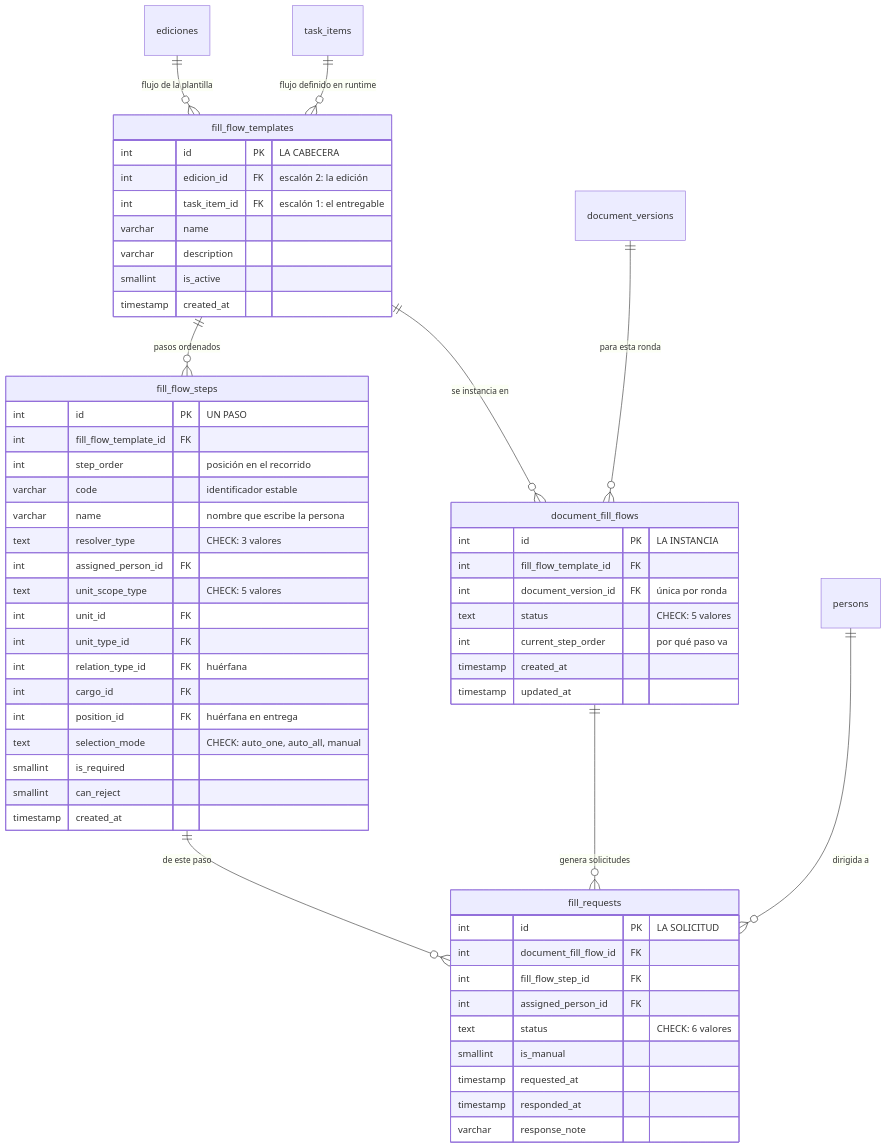
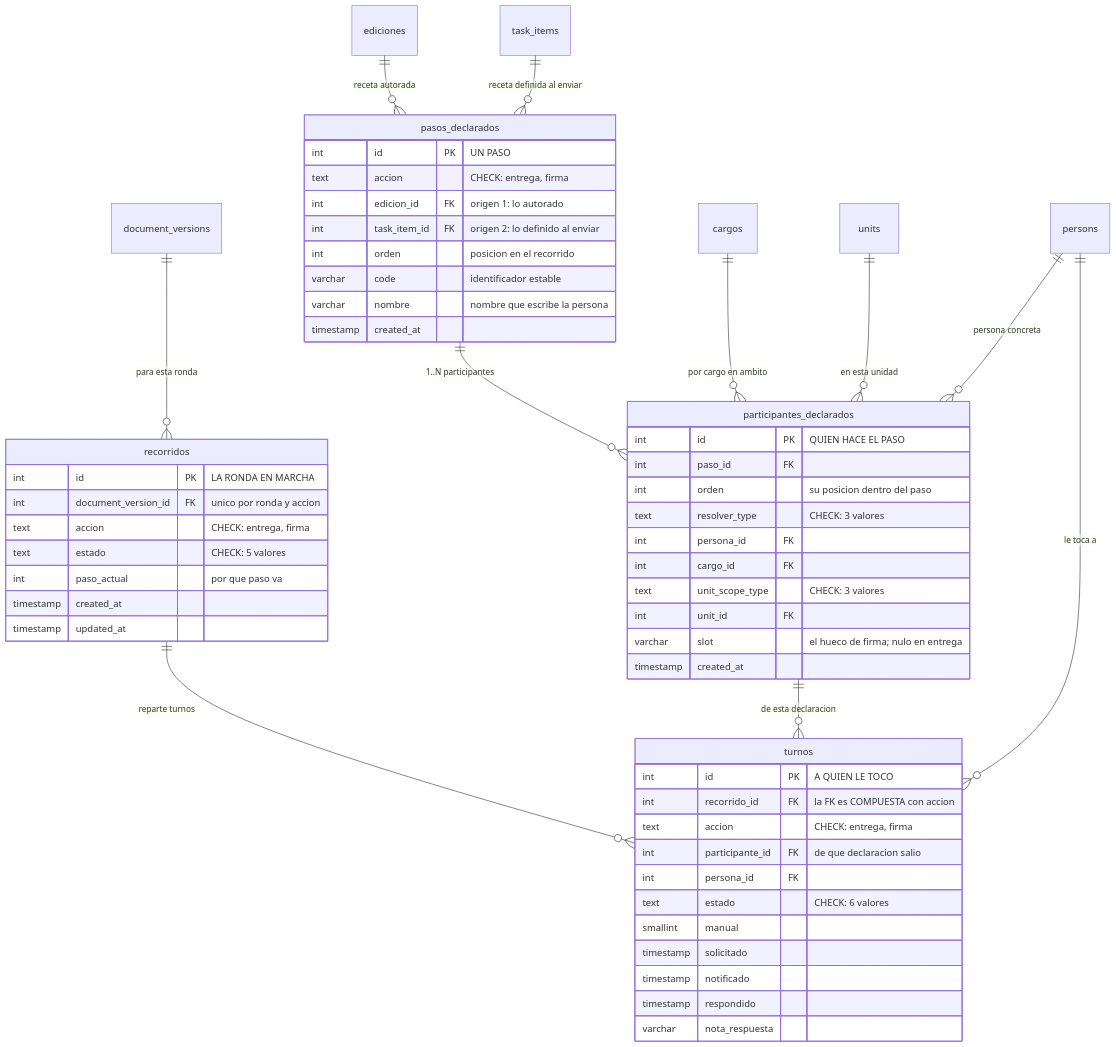
The diagram in docs/src/content/docs/modelo/flujo-de-entrega.md (fresvel/deasy), drawn with Mermaid before and after one commit. The commit also changed other lines of this file and 71 other files, not shown here.

````diff
--- a/docs/src/content/docs/modelo/flujo-de-entrega.md
+++ b/docs/src/content/docs/modelo/flujo-de-entrega.md
@@ -125,60 +136,58 @@
 ```mermaid
 erDiagram
-  ediciones ||--o{ fill_flow_templates : "flujo de la plantilla"
-  task_items ||--o{ fill_flow_templates : "flujo definido en runtime"
-  fill_flow_templates ||--o{ fill_flow_steps : "pasos ordenados"
-  fill_flow_templates ||--o{ document_fill_flows : "se instancia en"
-  document_versions ||--o{ document_fill_flows : "para esta ronda"
-  document_fill_flows ||--o{ fill_requests : "genera solicitudes"
-  fill_flow_steps ||--o{ fill_requests : "de este paso"
-  persons ||--o{ fill_requests : "dirigida a"
+  ediciones ||--o{ pasos_declarados : "receta autorada"
+  task_items ||--o{ pasos_declarados : "receta definida al enviar"
+  pasos_declarados ||--o{ participantes_declarados : "1..N participantes"
+  cargos ||--o{ participantes_declarados : "por cargo en ambito"
+  units ||--o{ participantes_declarados : "en esta unidad"
+  persons ||--o{ participantes_declarados : "persona concreta"
+  document_versions ||--o{ recorridos : "para esta ronda"
+  recorridos ||--o{ turnos : "reparte turnos"
+  participantes_declarados ||--o{ turnos : "de esta declaracion"
+  persons ||--o{ turnos : "le toca a"
 
-  fill_flow_templates {
-    int id PK "LA CABECERA"
-    int edicion_id FK "escalón 2: la edición"
-    int task_item_id FK "escalón 1: el entregable"
-    varchar name
-    varchar description
-    smallint is_active
+  pasos_declarados {
+    int id PK "UN PASO"
+    text accion "CHECK: entrega, firma"
+    int edicion_id FK "origen 1: lo autorado"
+    int task_item_id FK "origen 2: lo definido al enviar"
+    int orden "posicion en el recorrido"
+    varchar code "identificador estable"
+    varchar nombre "nombre que escribe la persona"
     timestamp created_at
   }
-  fill_flow_steps {
-    int id PK "UN PASO"
-    int fill_flow_template_id FK
-    int step_order "posición en el recorrido"
-    varchar code "identificador estable"
-    varchar name "nombre que escribe la persona"
+  participantes_declarados {
+    int id PK "QUIEN HACE EL PASO"
+    int paso_id FK
+    int orden "su posicion dentro del paso"
     text resolver_type "CHECK: 3 valores"
-    int assigned_person_id FK
-    text unit_scope_type "CHECK: 5 valores"
+    int persona_id FK
+    int cargo_id FK
+    text unit_scope_type "CHECK: 3 valores"
     int unit_id FK
-    int unit_type_id FK
-    int relation_type_id FK "huérfana"
-    int cargo_id FK
-    int position_id FK "huérfana en entrega"
-    text selection_mode "CHECK: auto_one, auto_all, manual"
-    smallint is_required
-    smallint can_reject
+    varchar slot "el hueco de firma; nulo en entrega"
     timestamp created_at
   }
-  document_fill_flows {
-    int id PK "LA INSTANCIA"
-    int fill_flow_template_id FK
-    int document_version_id FK "única por ronda"
-    text status "CHECK: 5 valores"
-    int current_step_order "por qué paso va"
+  recorridos {
+    int id PK "LA RONDA EN MARCHA"
+    int document_version_id FK "unico por ronda y accion"
+    text accion "CHECK: entrega, firma"
+    text estado "CHECK: 5 valores"
+    int paso_actual "por que paso va"
     timestamp created_at
     timestamp updated_at
   }
-  fill_requests {
-    int id PK "LA SOLICITUD"
-    int document_fill_flow_id FK
-    int fill_flow_step_id FK
-    int assigned_person_id FK
-    text status "CHECK: 6 valores"
-    smallint is_manual
-    timestamp requested_at
-    timestamp responded_at
-    varchar response_note
+  turnos {
+    int id PK "A QUIEN LE TOCO"
+    int recorrido_id FK "la FK es COMPUESTA con accion"
+    text accion "CHECK: entrega, firma"
+    int participante_id FK "de que declaracion salio"
+    int persona_id FK
+    text estado "CHECK: 6 valores"
+    smallint manual
+    timestamp solicitado
+    timestamp notificado
+    timestamp respondido
+    varchar nota_respuesta
   }
 ```
````
